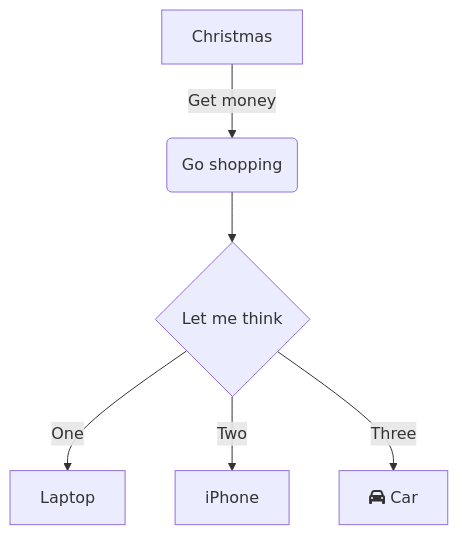
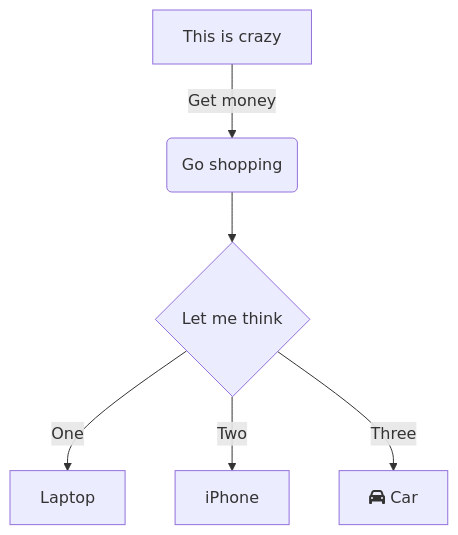
One commit to leoafarias/superdeck changed the diagram in packages/superdeck/example/slides.md. Above: the diagram before and after it, drawn with Mermaid. The commit also changed other lines of this file and 34 other files, not shown here.

````diff
--- a/packages/superdeck/example/slides.md
+++ b/packages/superdeck/example/slides.md
@@ -85,9 +87,9 @@
 ```mermaid
 flowchart TD
-    A[Christmas] -->|Get money| B(Go shopping)
+    A[This is crazy] -->|Get money| B(Go shopping)
     B --> C{Let me think}
     C -->|One| D[Laptop]
     C -->|Two| E[iPhone]
     C -->|Three| F[fa:fa-car Car]
   
 ```
````
